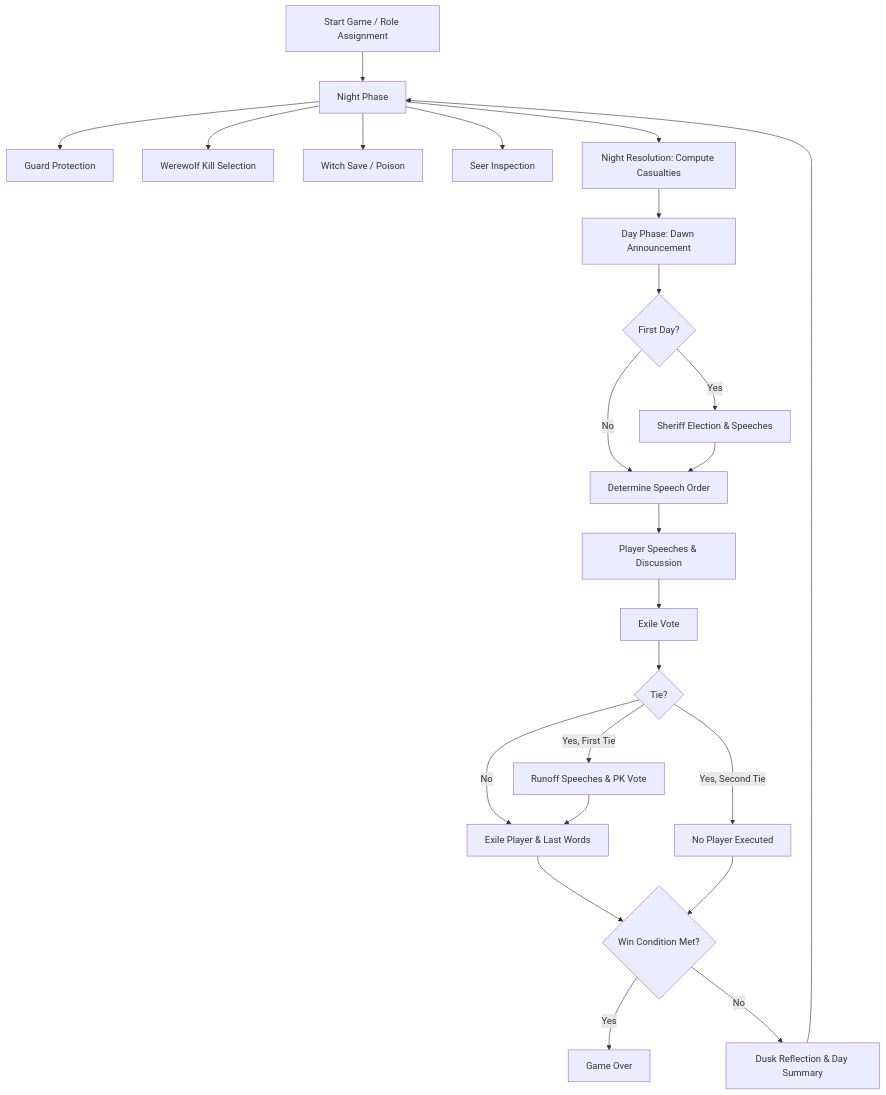
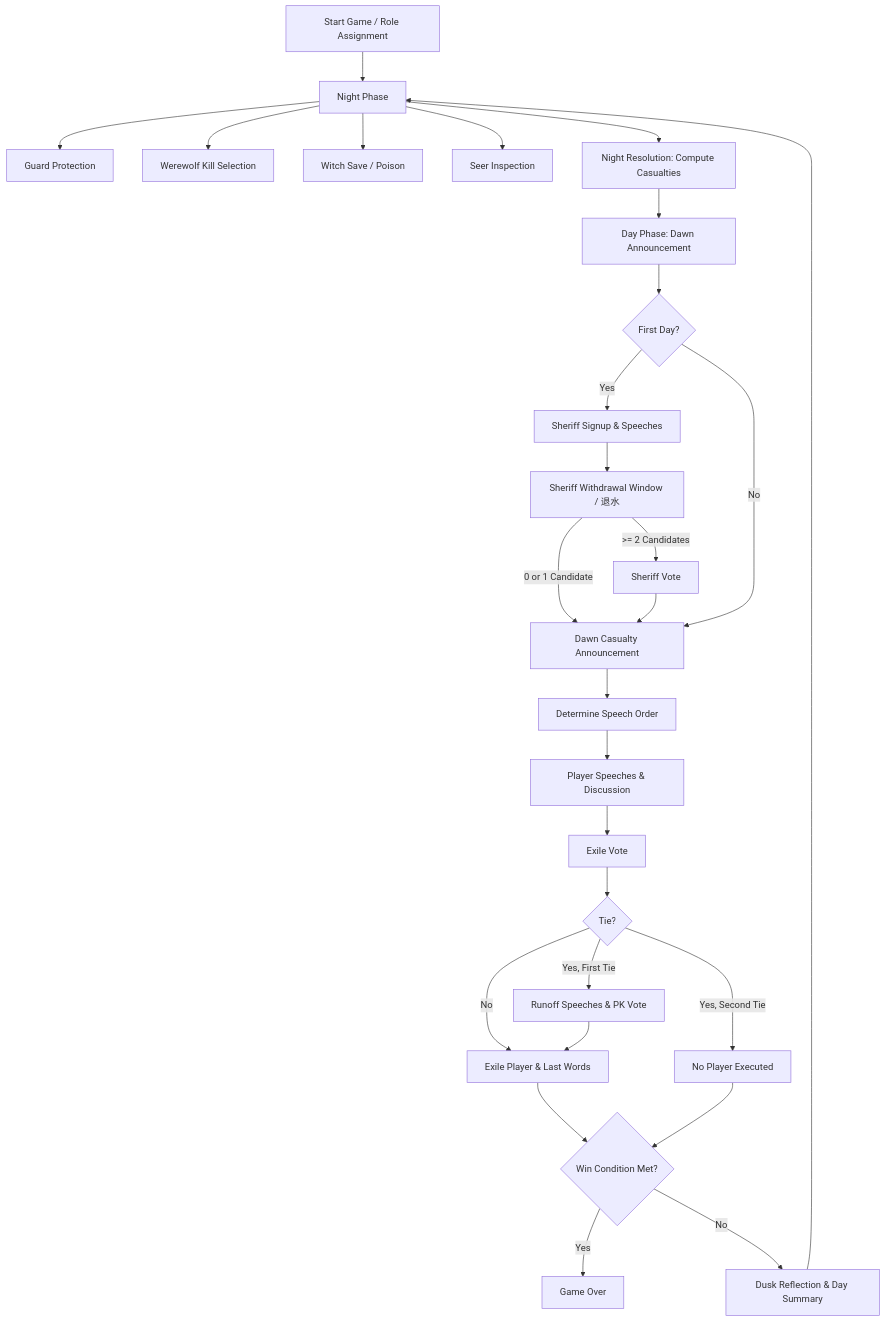
Before and after one commit to wbtxhqt123/ai_werewolf: the second of 2 diagrams in docs/architecture.md, drawn with Mermaid. The commit also changed other lines of this file and 22 other files, not shown here.

First line of the commit message:
feat(game,web,llm,docs): add sheriff withdrawal, spectator god view, human wolf kill priority, seat picker, and suspect tags

````diff
--- a/docs/architecture.md
+++ b/docs/architecture.md
@@ -34,30 +34,34 @@
 ```mermaid
 graph TD
     Start[Start Game / Role Assignment] --> Night[Night Phase]
     Night --> Guard[Guard Protection]
     Night --> Werewolf[Werewolf Kill Selection]
     Night --> Witch[Witch Save / Poison]
     Night --> Seer[Seer Inspection]
     
     Night --> NightResolution[Night Resolution: Compute Casualties]
     NightResolution --> Day[Day Phase: Dawn Announcement]
     
     Day --> SheriffCheck{First Day?}
-    SheriffCheck -->|Yes| SheriffElection[Sheriff Election & Speeches]
-    SheriffCheck -->|No| SpeechOrder[Determine Speech Order]
-    SheriffElection --> SpeechOrder
+    SheriffCheck -->|Yes| SheriffElection[Sheriff Signup & Speeches]
+    SheriffElection --> SheriffWithdraw[Sheriff Withdrawal Window / 退水]
+    SheriffWithdraw -->|>= 2 Candidates| SheriffVote[Sheriff Vote]
+    SheriffWithdraw -->|0 or 1 Candidate| DayAnnouncement[Dawn Casualty Announcement]
+    SheriffVote --> DayAnnouncement
+    SheriffCheck -->|No| DayAnnouncement
+    DayAnnouncement --> SpeechOrder[Determine Speech Order]
     
     SpeechOrder --> Speeches[Player Speeches & Discussion]
     Speeches --> Voting[Exile Vote]
     Voting --> VoteResolution{Tie?}
     VoteResolution -->|Yes, First Tie| PKVote[Runoff Speeches & PK Vote]
     VoteResolution -->|Yes, Second Tie| NoExecution[No Player Executed]
     VoteResolution -->|No| Execution[Exile Player & Last Words]
     PKVote --> Execution
     
     Execution --> WinCheck{Win Condition Met?}
     NoExecution --> WinCheck
     WinCheck -->|Yes| GameOver[Game Over]
     WinCheck -->|No| Dusk[Dusk Reflection & Day Summary]
     Dusk --> Night
 ```
````
